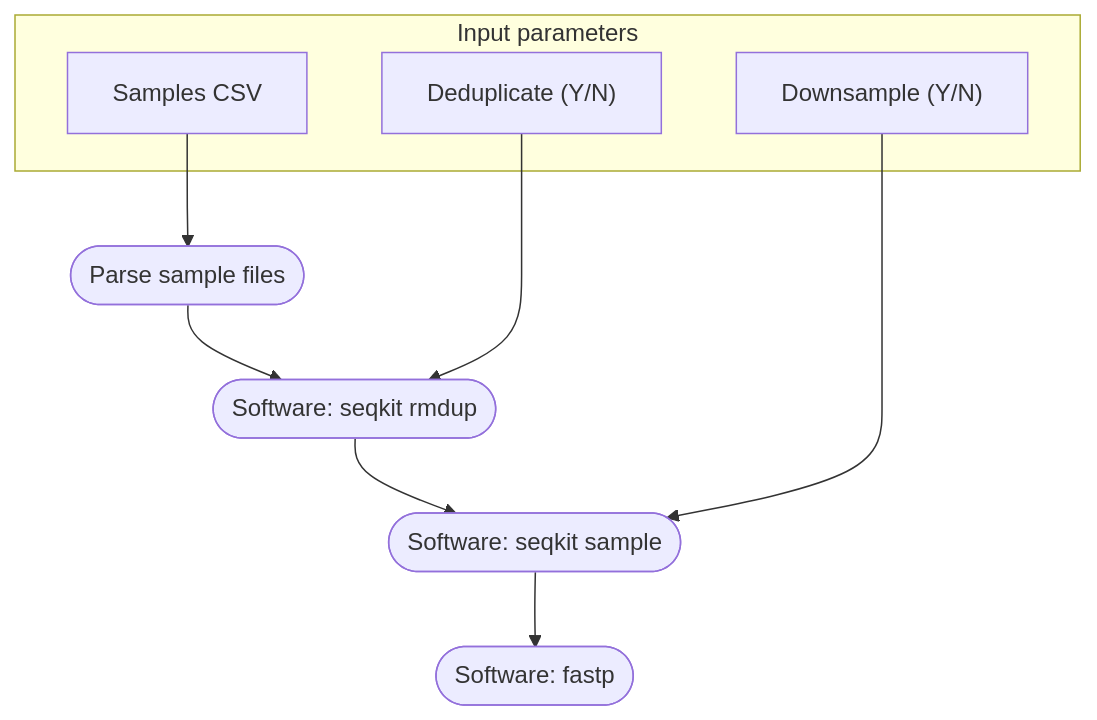
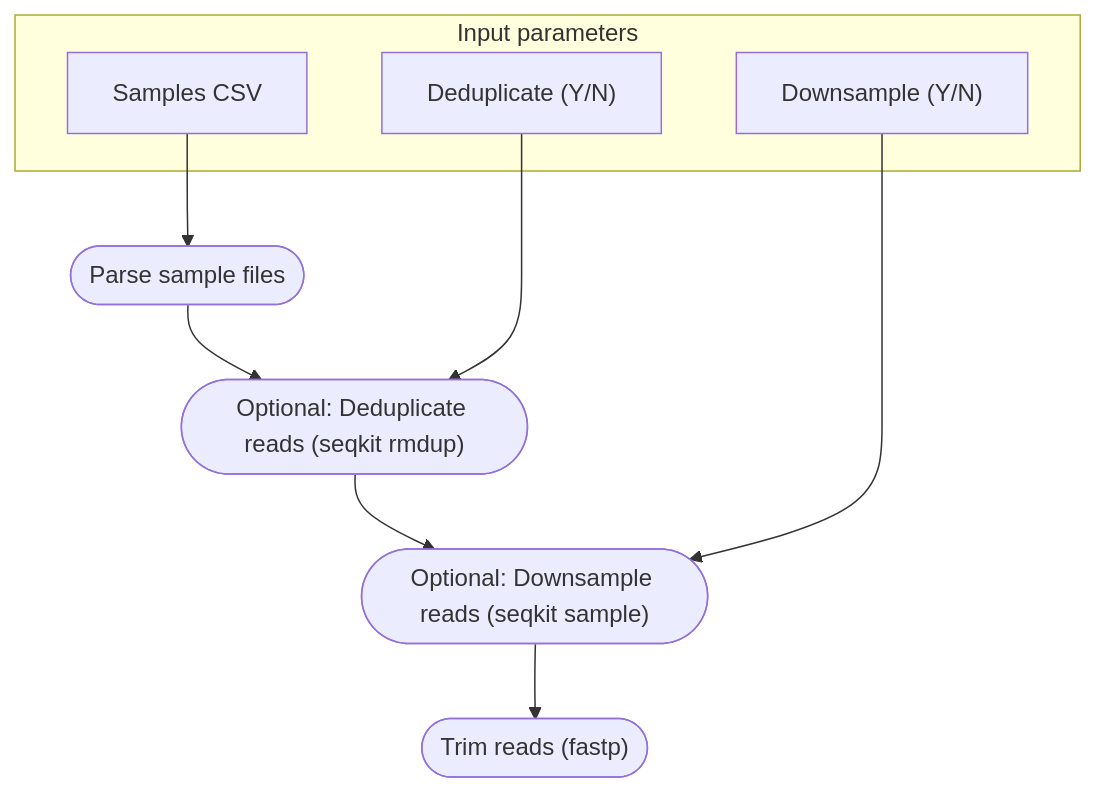
The first of 2 diagrams in README.md (EcoEvoGenomics/genotyping_pipeline), drawn with Mermaid before and after one commit. The commit also changed other lines of this file, not shown here.

Commit message:
Update Step 1 / 2 mermaid diagrams

````diff
--- a/README.md
+++ b/README.md
@@ -72,18 +72,18 @@
 ```mermaid
 flowchart TB
    subgraph "Input parameters"
    v7["Downsample (Y/N)"]
    v4["Deduplicate (Y/N)"]
    v0["Samples CSV"]
    end
    v2(["Parse sample files"])
-   v5(["Software: seqkit rmdup"])
-   v8(["Software: seqkit sample"])
-   v10(["Software: fastp"])
+   v5(["Optional: Deduplicate reads (seqkit rmdup)"])
+   v8(["Optional: Downsample reads (seqkit sample)"])
+   v10(["Trim reads (fastp)"])
    v0 --> v2
    v2 --> v5
    v5 --> v8
    v8 --> v10
    v4 --> v5
    v7 --> v8
 ```
````
